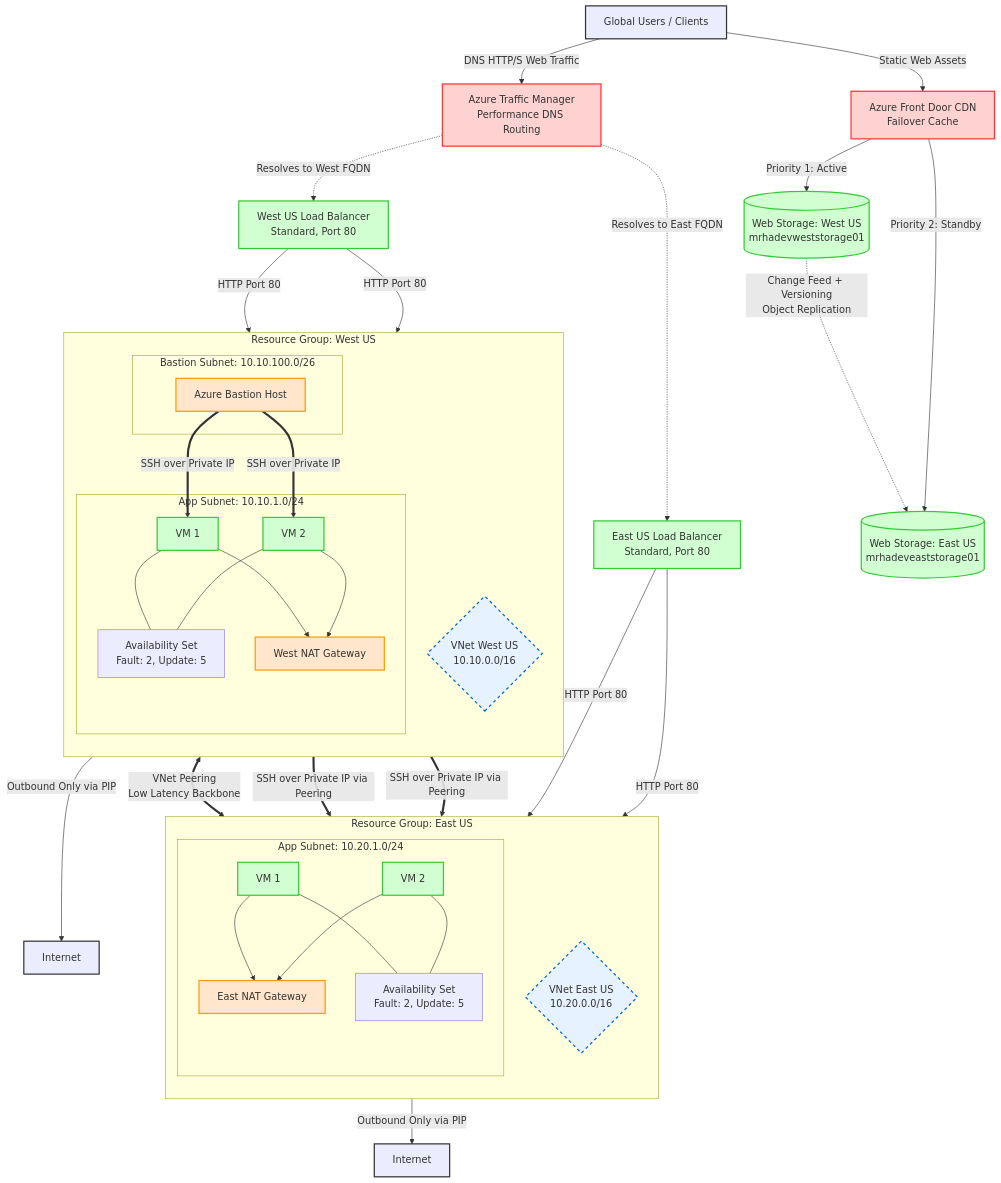
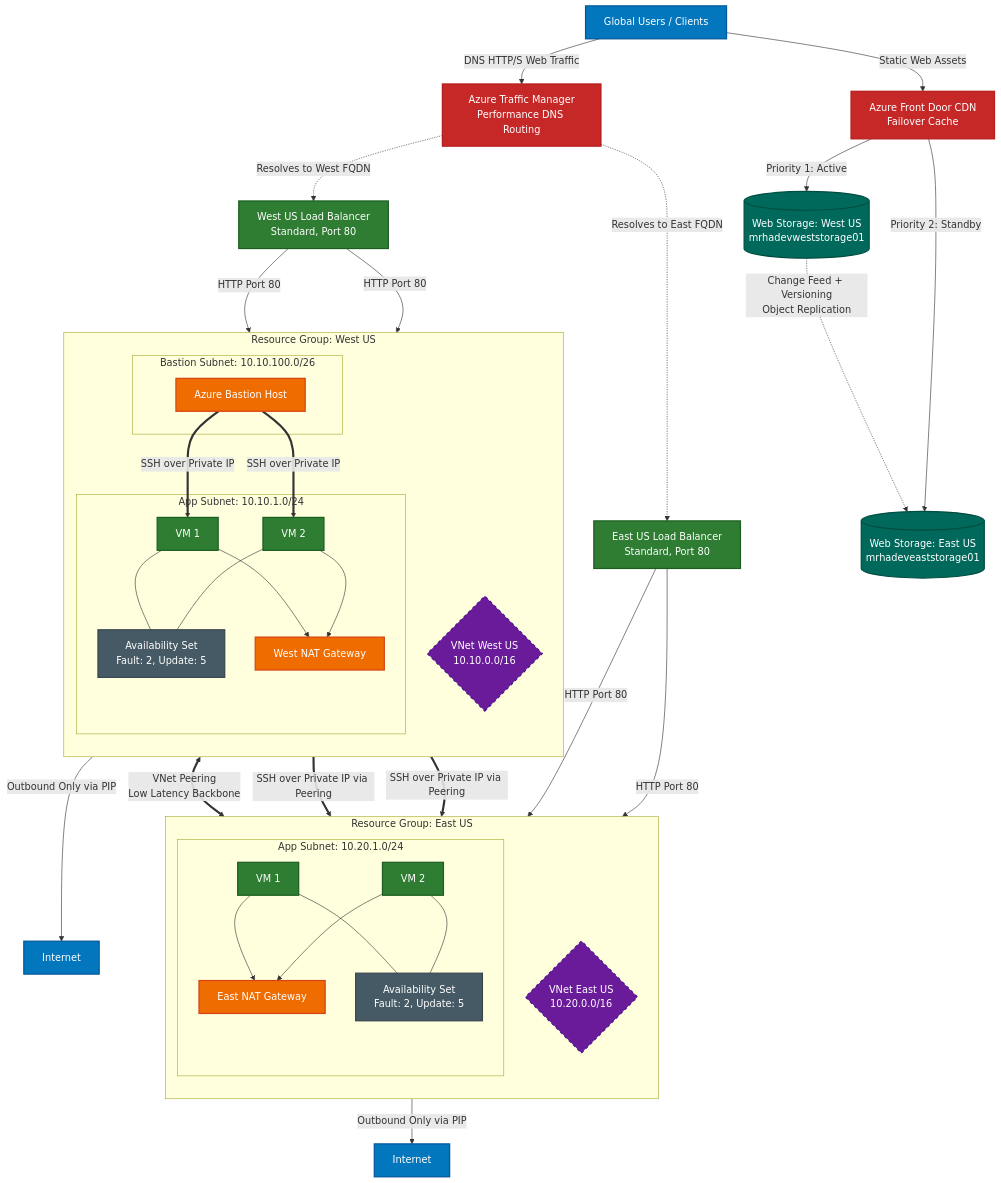
Before and after one commit to emadsingab/azure-multi-region-highly-available-infrastructure: the diagram in Terraform/README.md, drawn with Mermaid. The commit also changed 1 other file, not shown here.

Commit message:
style(docs): enhance architecture diagram contrast and readability

````diff
--- a/Terraform/README.md
+++ b/Terraform/README.md
@@ -11,72 +11,74 @@
 ```mermaid
 graph TD
     %% Styling Definitions
-    classDef client fill:#ececff,stroke:#333,stroke-width:2px;
-    classDef global fill:#ffd2d2,stroke:#ff3333,stroke-width:2px;
-    classDef regional fill:#d2ffd2,stroke:#33cc33,stroke-width:2px;
-    classDef secure fill:#ffe6cc,stroke:#ff9900,stroke-width:2px;
-    classDef peering fill:#e6f2ff,stroke:#0066cc,stroke-width:2px,stroke-dasharray: 5 5;
+    classDef client fill:#0277bd,stroke:#01579b,stroke-width:2px,color:#ffffff;
+    classDef global fill:#c62828,stroke:#b71c1c,stroke-width:2px,color:#ffffff;
+    classDef regional fill:#2e7d32,stroke:#1b5e20,stroke-width:2px,color:#ffffff;
+    classDef storage fill:#00695c,stroke:#004d40,stroke-width:2px,color:#ffffff;
+    classDef secure fill:#ef6c00,stroke:#d84315,stroke-width:2px,color:#ffffff;
+    classDef peering fill:#6a1b9a,stroke:#4a148c,stroke-width:2px,color:#ffffff,stroke-dasharray: 5 5;
+    classDef avset fill:#455a64,stroke:#37474f,stroke-width:2px,color:#ffffff;
 
     %% Global Client Traffic
     User[Global Users / Clients]:::client
     User -->|DNS HTTP/S Web Traffic| TM[Azure Traffic Manager<br>Performance DNS Routing]:::global
     User -->|Static Web Assets| FD[Azure Front Door CDN<br>Failover Cache]:::global
 
     %% Global CDN Storage Failover
-    FD -->|Priority 1: Active| StorageWest[(Web Storage: West US<br>mrhadevweststorage01)]:::regional
-    FD -->|Priority 2: Standby| StorageEast[(Web Storage: East US<br>mrhadeveaststorage01)]:::regional
+    FD -->|Priority 1: Active| StorageWest[(Web Storage: West US<br>mrhadevweststorage01)]:::storage
+    FD -->|Priority 2: Standby| StorageEast[(Web Storage: East US<br>mrhadeveaststorage01)]:::storage
     StorageWest -.->|Change Feed + Versioning<br>Object Replication| StorageEast
 
     %% Traffic Manager Regional DNS Resolution
     TM -.->|Resolves to West FQDN| LBWest[West US Load Balancer<br>Standard, Port 80]:::regional
     TM -.->|Resolves to East FQDN| LBEast[East US Load Balancer<br>Standard, Port 80]:::regional
 
     %% West US Region
     subgraph RG_West [Resource Group: West US]
         direction TB
         VNetWest{VNet West US<br>10.10.0.0/16}:::peering
         
         subgraph AppSubnetWest [App Subnet: 10.10.1.0/24]
             NATWest[West NAT Gateway]:::secure
             VMWest1[VM 1]:::regional
             VMWest2[VM 2]:::regional
-            VMWest1 & VMWest2 --- AvSetWest[Availability Set<br>Fault: 2, Update: 5]
+            VMWest1 & VMWest2 --- AvSetWest[Availability Set<br>Fault: 2, Update: 5]:::avset
         end
         
         subgraph BastionSubnetWest [Bastion Subnet: 10.10.100.0/26]
             Bastion[Azure Bastion Host]:::secure
         end
     end
 
     %% East US Region
     subgraph RG_East [Resource Group: East US]
         direction TB
         VNetEast{VNet East US<br>10.20.0.0/16}:::peering
         
         subgraph AppSubnetEast [App Subnet: 10.20.1.0/24]
             NATEast[East NAT Gateway]:::secure
             VMEast1[VM 1]:::regional
             VMEast2[VM 2]:::regional
-            VMEast1 & VMEast2 --- AvSetEast[Availability Set<br>Fault: 2, Update: 5]
+            VMEast1 & VMEast2 --- AvSetEast[Availability Set<br>Fault: 2, Update: 5]:::avset
         end
     end
 
     %% Routing and Access Relations
     LBWest -->|HTTP Port 80| VMWest1
     LBWest -->|HTTP Port 80| VMWest2
     LBEast -->|HTTP Port 80| VMEast1
     LBEast -->|HTTP Port 80| VMEast2
 
     %% NAT Gateways Outbound Secure Access
     VMWest1 & VMWest2 --> NATWest
     VMEast1 & VMEast2 --> NATEast
     NATWest -->|Outbound Only via PIP| Internet1[Internet]:::client
     NATEast -->|Outbound Only via PIP| Internet2[Internet]:::client
 
     %% VNet Peering Backbone
     VNetWest <==>|VNet Peering<br>Low Latency Backbone| VNetEast
 
     %% Secure Administrative Access (Bastion cross-VNet routing)
     Bastion ==>|SSH over Private IP| VMWest1 & VMWest2
     Bastion ==>|SSH over Private IP via Peering| VMEast1 & VMEast2
 ```
````
